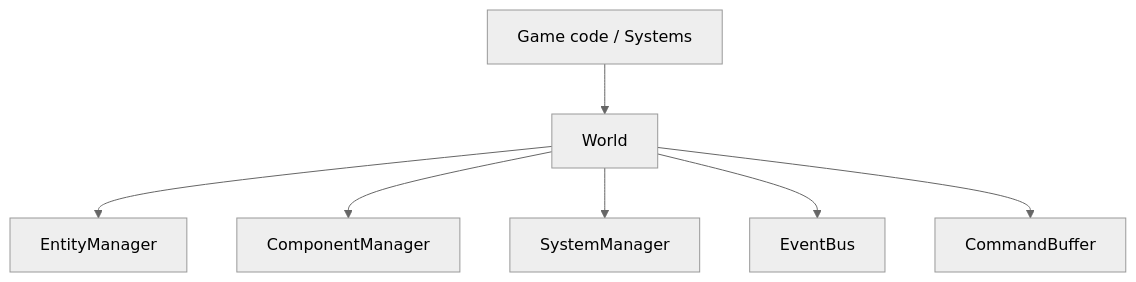
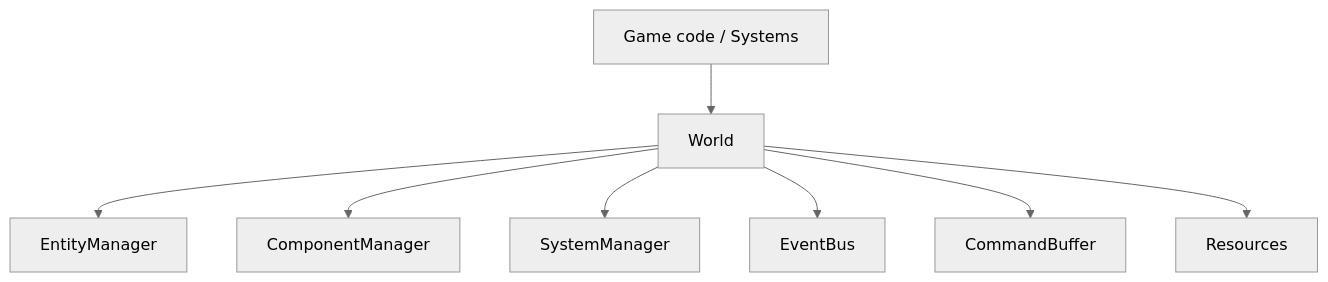
The diagram in src/ecs/World/README.md (Thibani/R-Type), drawn with Mermaid (neutral theme) before and after one commit. The commit also changed other lines of this file and 14 other files, not shown here.

Commit message:
feat(ecs): add world resources and asset manager

````diff
--- a/src/ecs/World/README.md
+++ b/src/ecs/World/README.md
@@ -25,9 +26,10 @@
 ```mermaid
 flowchart TD
     Game[Game code / Systems] --> World
     World --> EntityManager
     World --> ComponentManager
     World --> SystemManager
     World --> EventBus
     World --> CommandBuffer
+    World --> Resources
 ```
````
